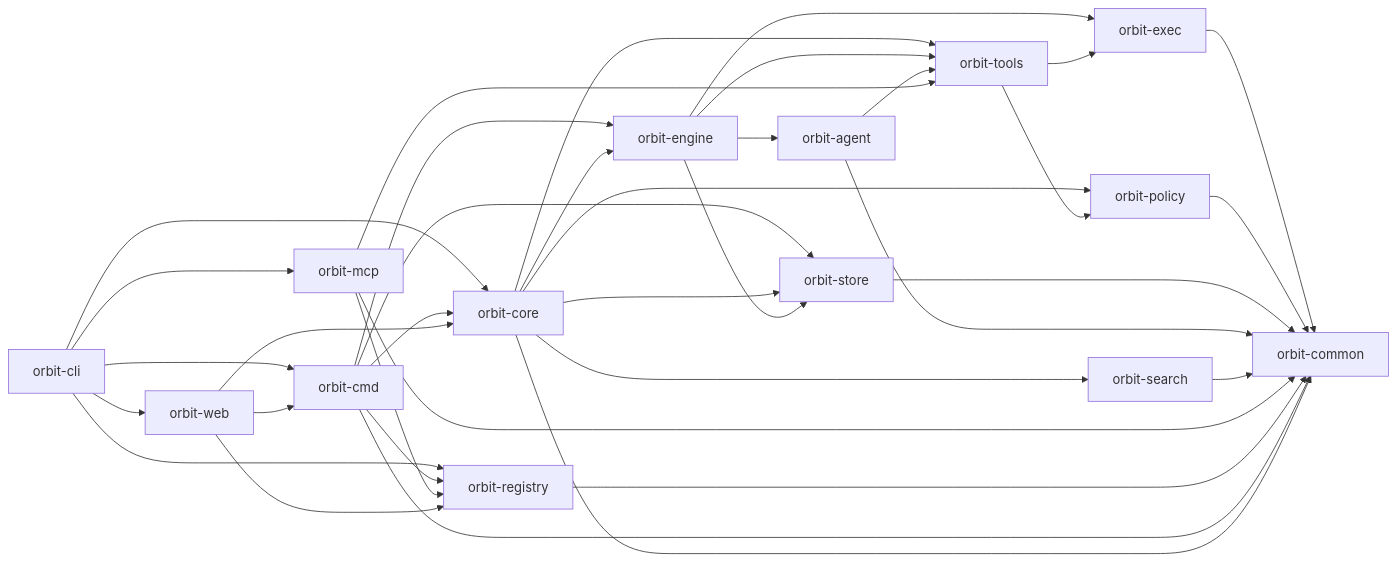
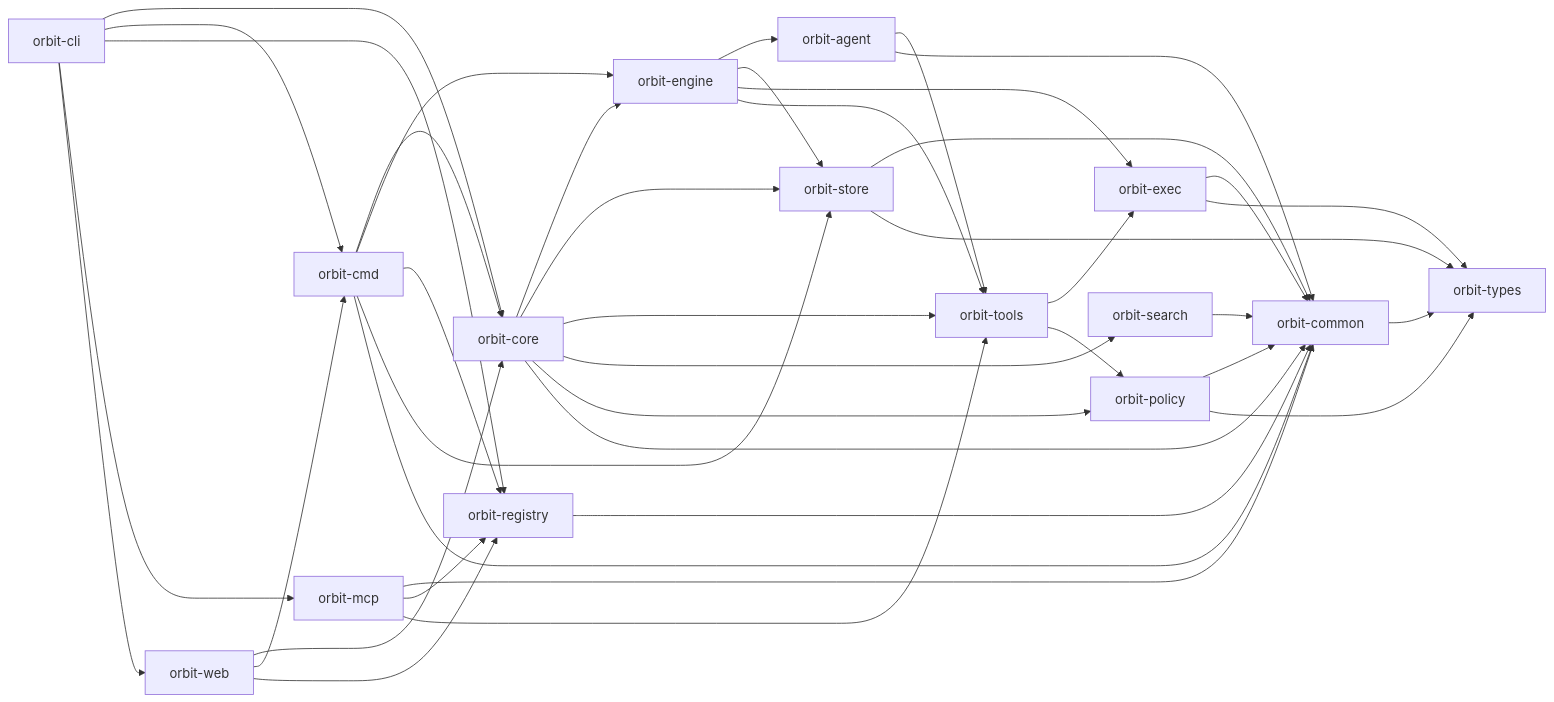
The diagram in ARCHITECTURE.md (danieljhkim/orbit), drawn with Mermaid before and after one commit. The commit also changed other lines of this file and 858 other files, not shown here.

Commit message:
refactor: Extract orbit-types as a pure leaf and reorganize orbit-common [ORB-10884]

````diff
--- a/ARCHITECTURE.md
+++ b/ARCHITECTURE.md
@@ -5,38 +5,42 @@
 ```mermaid
 flowchart LR
   CLI["orbit-cli"] --> Core["orbit-core"]
   CLI --> Cmd["orbit-cmd"]
   CLI --> Registry["orbit-registry"]
   CLI --> MCP["orbit-mcp"]
   CLI --> Web["orbit-web"]
   Cmd --> Core
   Cmd --> Engine
   Cmd --> Registry
   Cmd --> Store
   Core --> Engine["orbit-engine"]
   Core --> Store["orbit-store"]
   Core --> Tools["orbit-tools"]
   Core --> Search["orbit-search"]
   Core --> Policy["orbit-policy"]
   Engine --> Agent["orbit-agent"]
   Engine --> Store
   Engine --> Exec["orbit-exec"]
   Engine --> Tools
   Agent --> Tools
   Tools --> Exec["orbit-exec"]
   Tools --> Policy
   Exec --> Common["orbit-common"]
   Policy --> Common
   Store --> Common
   Agent --> Common
   Search --> Common
   MCP --> Common
   MCP --> Registry
   MCP --> Tools
   Registry --> Common
   Web --> Core
   Web --> Cmd
   Web --> Registry
   Cmd --> Common
   Core --> Common
+  Common --> Types["orbit-types"]
+  Exec --> Types
+  Policy --> Types
+  Store --> Types
 ```
````
